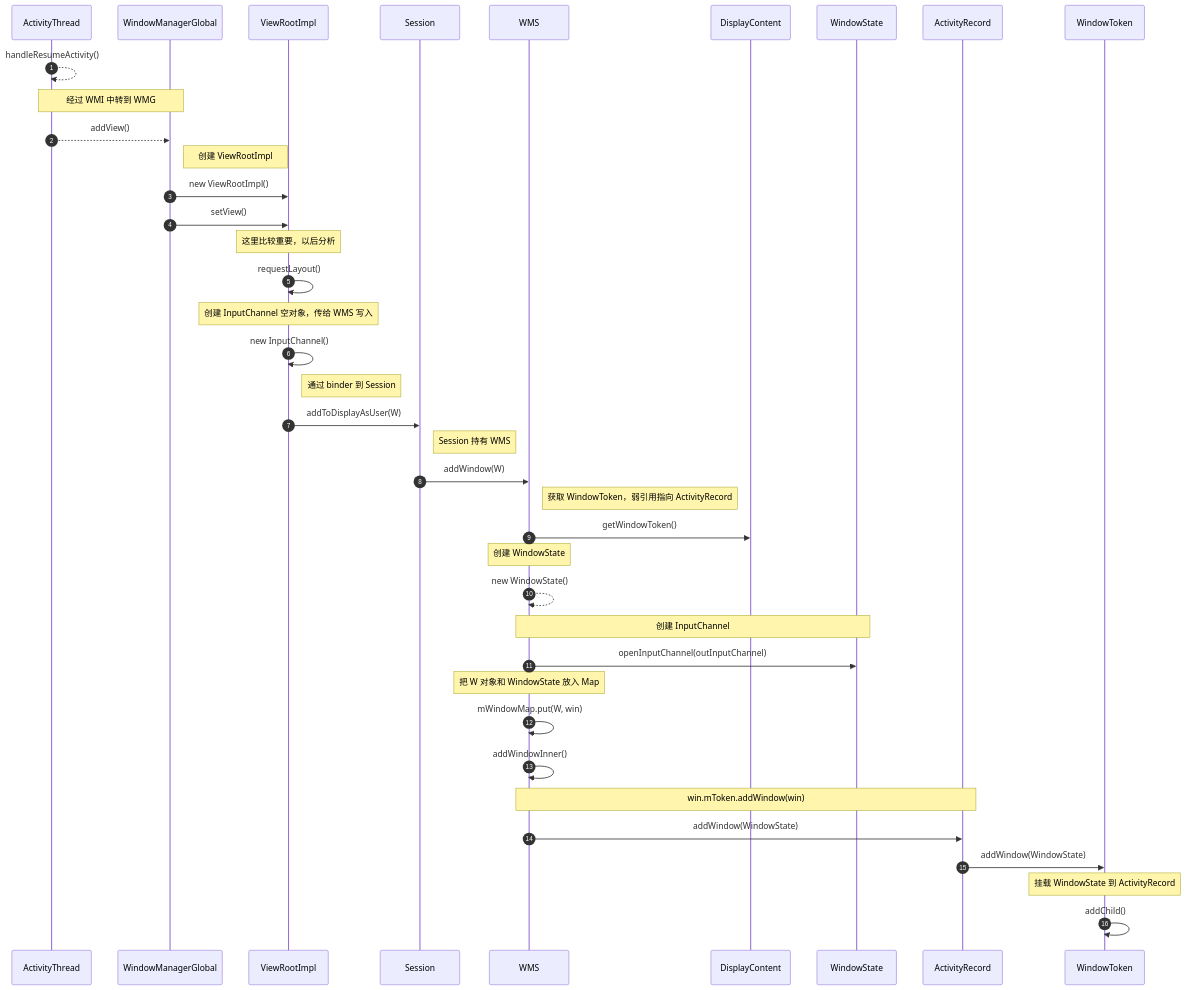
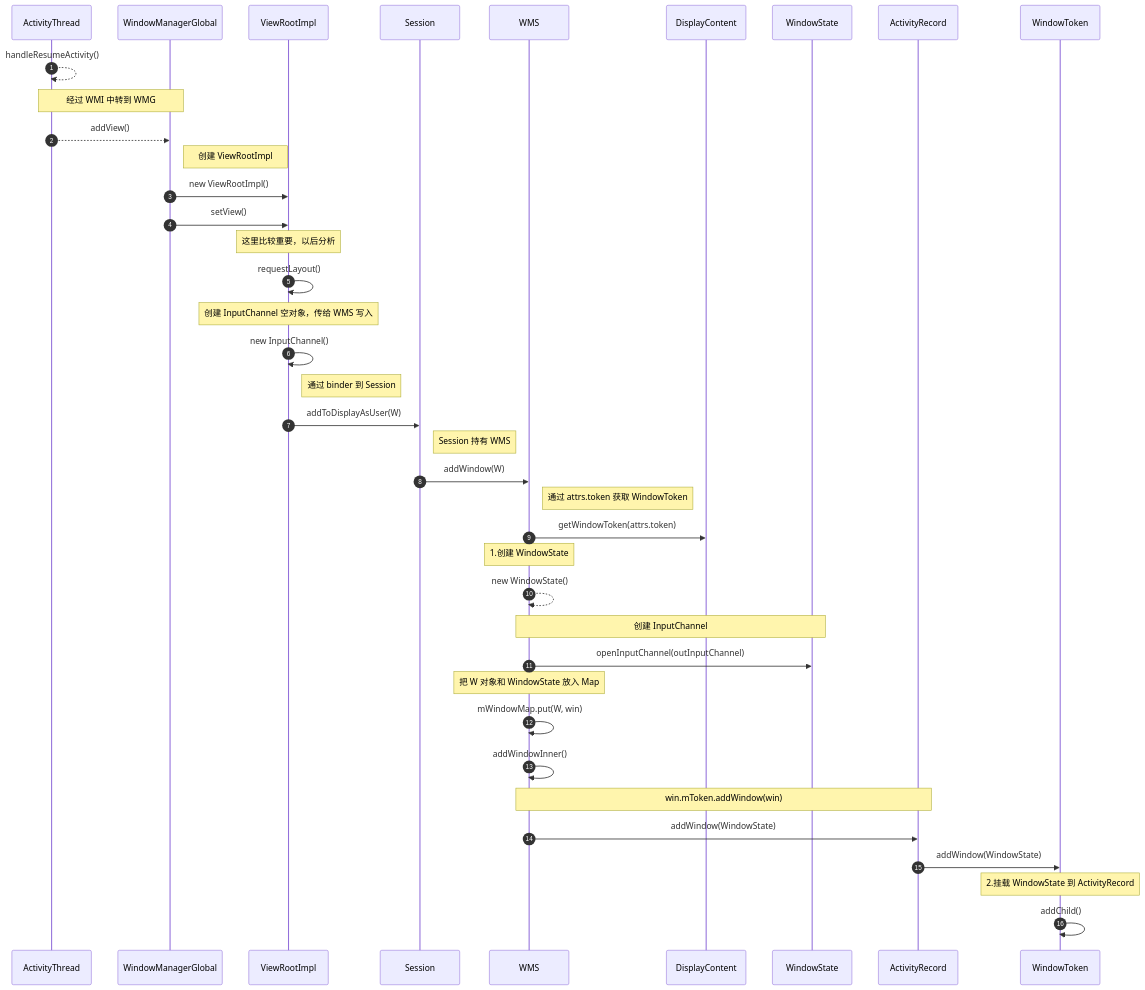
Before and after one commit to rangerzhou/rangerzhou.github.io: the third of 17 diagrams in source/_posts/Android/WMS_SequenceDiagram.md, drawn with Mermaid. The commit also changed other lines of this file, not shown here.

````diff
--- a/source/_posts/Android/WMS_SequenceDiagram.md
+++ b/source/_posts/Android/WMS_SequenceDiagram.md
@@ -181,33 +142,35 @@
 ``` mermaid
 sequenceDiagram
 autonumber
 ActivityThread -->> ActivityThread:handleResumeActivity()
 Note over ActivityThread,WindowManagerGlobal:经过 WMI 中转到 WMG
 ActivityThread -->> WindowManagerGlobal:addView()
 Note right of WindowManagerGlobal:创建 ViewRootImpl
 WindowManagerGlobal ->> ViewRootImpl:new ViewRootImpl()
 WindowManagerGlobal ->> ViewRootImpl:setView()
 Note over ViewRootImpl:这里比较重要，以后分析
 ViewRootImpl ->> ViewRootImpl:requestLayout()
 Note over ViewRootImpl:创建 InputChannel 空对象，传给 WMS 写入
 ViewRootImpl ->> ViewRootImpl:new InputChannel()
 Note right of ViewRootImpl:通过 binder 到 Session
 ViewRootImpl ->> Session:addToDisplayAsUser(W)
+
+%% WMS 侧操作
 Note right of Session:Session 持有 WMS
 Session ->> WMS:addWindow(W)
-Note right of WMS:获取 WindowToken，弱引用指向 ActivityRecord
-WMS ->> DisplayContent:getWindowToken()
-Note over WMS:创建 WindowState
+Note right of WMS:通过 attrs.token 获取 WindowToken
+WMS ->> DisplayContent:getWindowToken(attrs.token)
+Note over WMS:1.创建 WindowState
 WMS -->> WMS:new WindowState()
 Note over WMS,WindowState:创建 InputChannel
 WMS ->> WindowState:openInputChannel(outInputChannel)
 Note over WMS:把 W 对象和 WindowState 放入 Map
 WMS ->>WMS:mWindowMap.put(W, win)
 
 WMS ->> WMS:addWindowInner()
 Note over WMS,ActivityRecord:win.mToken.addWindow(win)
 WMS ->> ActivityRecord:addWindow(WindowState)
 ActivityRecord ->> WindowToken:addWindow(WindowState)
-Note over WindowToken:挂载 WindowState 到 ActivityRecord
+Note over WindowToken:2.挂载 WindowState 到 ActivityRecord
 WindowToken ->> WindowToken:addChild()
 ```
````
